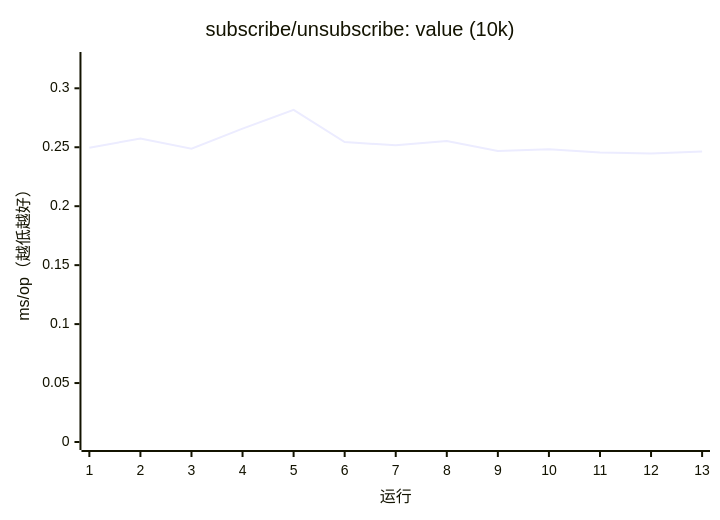
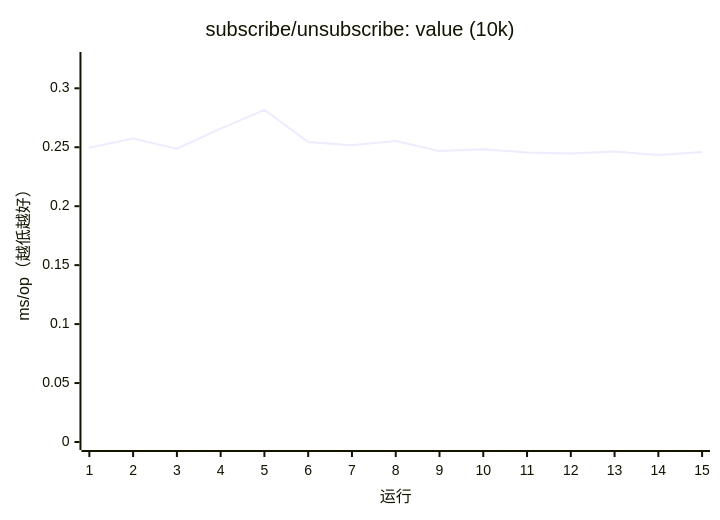
Before and after one commit to AIluffy/io: diagram 15 of 17 in apps/docs/src/content/docs/guides/benchmark.mdx, drawn with Mermaid. The commit also changed other lines of this file and 7 other files, not shown here.

````diff
--- a/apps/docs/src/content/docs/guides/benchmark.mdx
+++ b/apps/docs/src/content/docs/guides/benchmark.mdx
@@ -369,7 +385,7 @@
 ```mermaid
 xychart-beta
   title "subscribe/unsubscribe: value (10k)"
-  x-axis "运行" [1, 2, 3, 4, 5, 6, 7, 8, 9, 10, 11, 12, 13]
+  x-axis "运行" [1, 2, 3, 4, 5, 6, 7, 8, 9, 10, 11, 12, 13, 14, 15]
   y-axis "ms/op（越低越好）" 0 --> 0.324
-  line [0.2496, 0.2574, 0.2488, 0.2658, 0.2817, 0.2544, 0.2517, 0.2553, 0.2469, 0.2484, 0.2455, 0.2448, 0.2463]
+  line [0.2496, 0.2574, 0.2488, 0.2658, 0.2817, 0.2544, 0.2517, 0.2553, 0.2469, 0.2484, 0.2455, 0.2448, 0.2463, 0.2435, 0.246]
 ```
````
